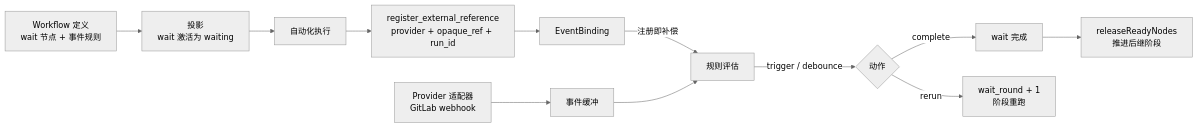
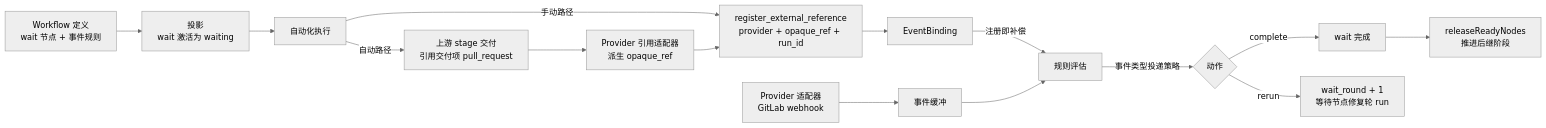
Before and after one commit to wecode-ai/Wegent: the first of 2 diagrams in docs/zh/architecture/external-event-subscription.md, drawn with Mermaid (neutral theme). The commit also changed other lines of this file and 3 other files, not shown here.

Commit message:
docs: catalog external event subscription wait-node architecture

````diff
--- a/docs/zh/architecture/external-event-subscription.md
+++ b/docs/zh/architecture/external-event-subscription.md
@@ -9,14 +9,17 @@
 ```mermaid
 flowchart LR
     DEFINITION[Workflow 定义<br/>wait 节点 + 事件规则] --> PROJECTION[投影<br/>wait 激活为 waiting]
     PROJECTION --> RUN[自动化执行]
-    RUN --> REGISTER[register_external_reference<br/>provider + opaque_ref + run_id]
+    RUN -->|手动路径| REGISTER[register_external_reference<br/>provider + opaque_ref + run_id]
+    RUN -->|自动路径| DELIVER[上游 stage 交付<br/>引用交付项 pull_request]
+    DELIVER --> ADAPTER2[Provider 引用适配器<br/>派生 opaque_ref]
+    ADAPTER2 --> REGISTER
     REGISTER --> BINDING[EventBinding]
     BINDING -->|注册即补偿| EVALUATE[规则评估]
     ADAPTER[Provider 适配器<br/>GitLab webhook] --> BUFFER[事件缓冲]
     BUFFER --> EVALUATE
-    EVALUATE -->|trigger / debounce| ACTION{动作}
+    EVALUATE -->|事件类型投递策略| ACTION{动作}
     ACTION -->|complete| DONE[wait 完成]
-    ACTION -->|rerun| ROUND[wait_round + 1<br/>阶段重跑]
+    ACTION -->|rerun| ROUND[wait_round + 1<br/>等待节点修复轮 run]
     DONE --> RELEASE[releaseReadyNodes<br/>推进后继阶段]
 ```
````
